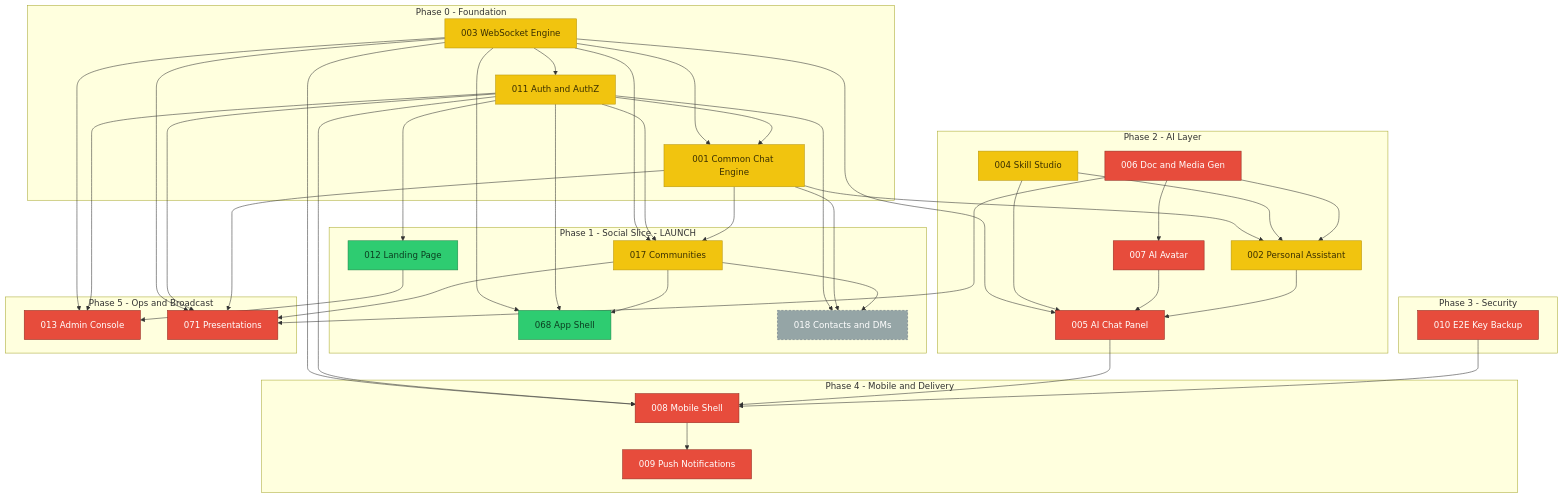
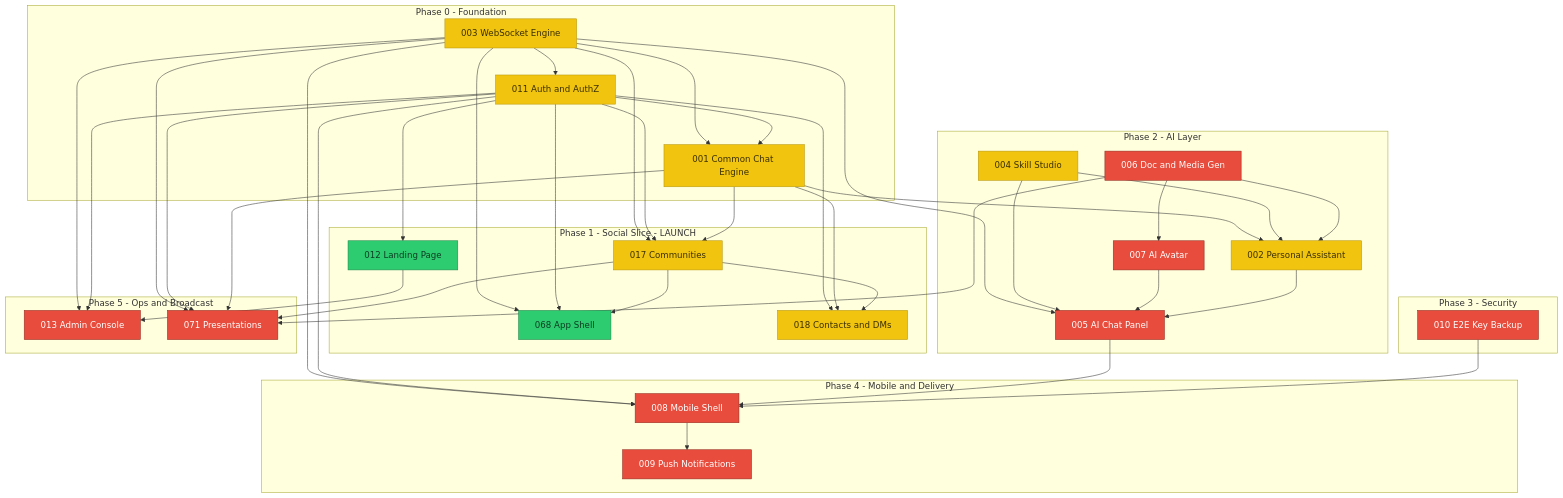
The diagram in specs/DEVELOPMENT-PLAN.md (Cowboy-59/YappChat), drawn with Mermaid before and after one commit. The commit also changed other lines of this file and 2 other files, not shown here.

````diff
--- a/specs/DEVELOPMENT-PLAN.md
+++ b/specs/DEVELOPMENT-PLAN.md
@@ -53,50 +53,50 @@
 ```mermaid
 flowchart TD
   classDef done fill:#2ecc71,stroke:#1e8449,color:#0b3d20
   classDef partial fill:#f1c40f,stroke:#b7950b,color:#3a2f00
   classDef todo fill:#e74c3c,stroke:#922b21,color:#fff
   classDef unscoped fill:#95a5a6,stroke:#5d6d7e,color:#fff,stroke-dasharray:4 3
 
   subgraph P0[Phase 0 - Foundation]
     S003[003 WebSocket Engine]:::partial
     S011[011 Auth and AuthZ]:::partial
     S001[001 Common Chat Engine]:::partial
   end
   subgraph P1[Phase 1 - Social Slice - LAUNCH]
     S017[017 Communities]:::partial
     S068[068 App Shell]:::done
     S012[012 Landing Page]:::done
-    S018[018 Contacts and DMs]:::unscoped
+    S018[018 Contacts and DMs]:::partial
   end
   subgraph P2[Phase 2 - AI Layer]
     S002[002 Personal Assistant]:::partial
     S004[004 Skill Studio]:::partial
     S005[005 AI Chat Panel]:::todo
     S007[007 AI Avatar]:::todo
     S006[006 Doc and Media Gen]:::todo
   end
   subgraph P3[Phase 3 - Security]
     S010[010 E2E Key Backup]:::todo
   end
   subgraph P4[Phase 4 - Mobile and Delivery]
     S008[008 Mobile Shell]:::todo
     S009[009 Push Notifications]:::todo
   end
   subgraph P5[Phase 5 - Ops and Broadcast]
     S013[013 Admin Console]:::todo
     S071[071 Presentations]:::todo
   end
 
   S003 --> S001 & S011 & S017 & S068 & S005 & S008 & S071 & S013
   S011 --> S001 & S017 & S018 & S068 & S012 & S008 & S013 & S071
   S001 --> S002 & S017 & S018 & S071
   S004 --> S002 & S005
   S006 --> S002 & S007 & S071
   S007 --> S005
   S002 --> S005
   S005 --> S008
   S010 --> S008
   S008 --> S009
   S017 --> S018 & S068 & S071
   S012 --> S013
 ```
````
